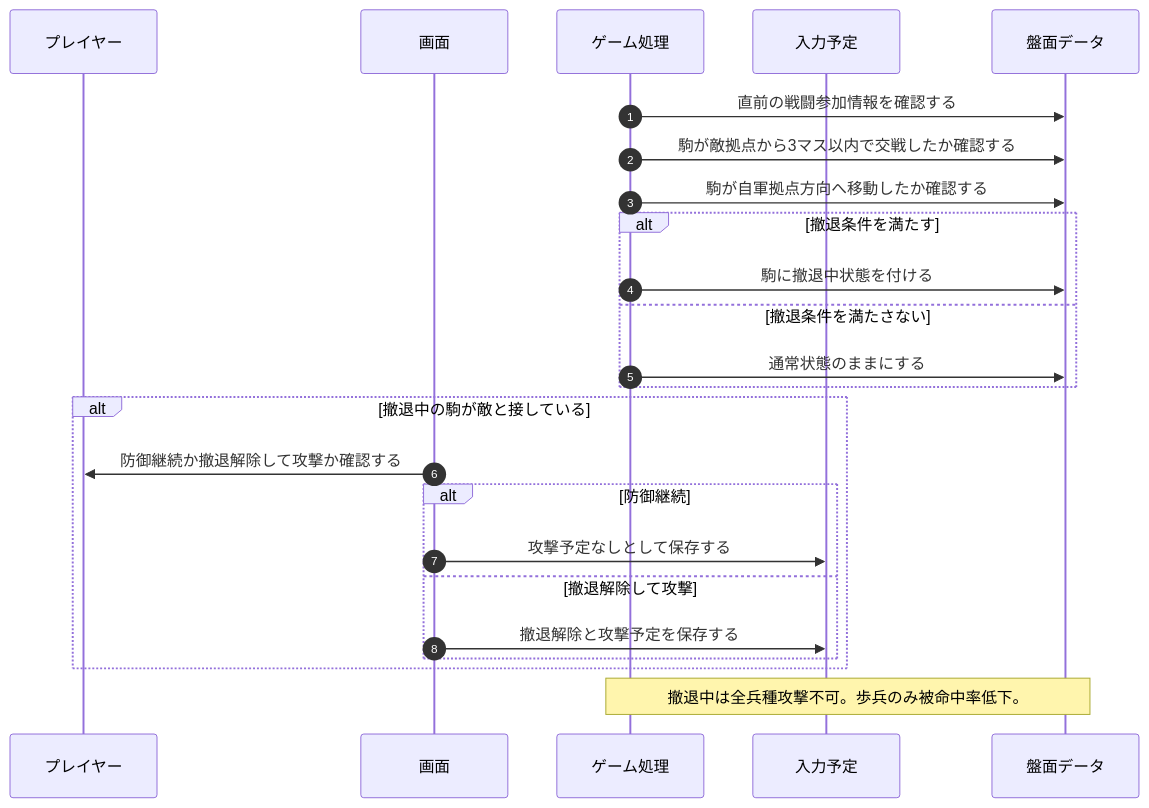
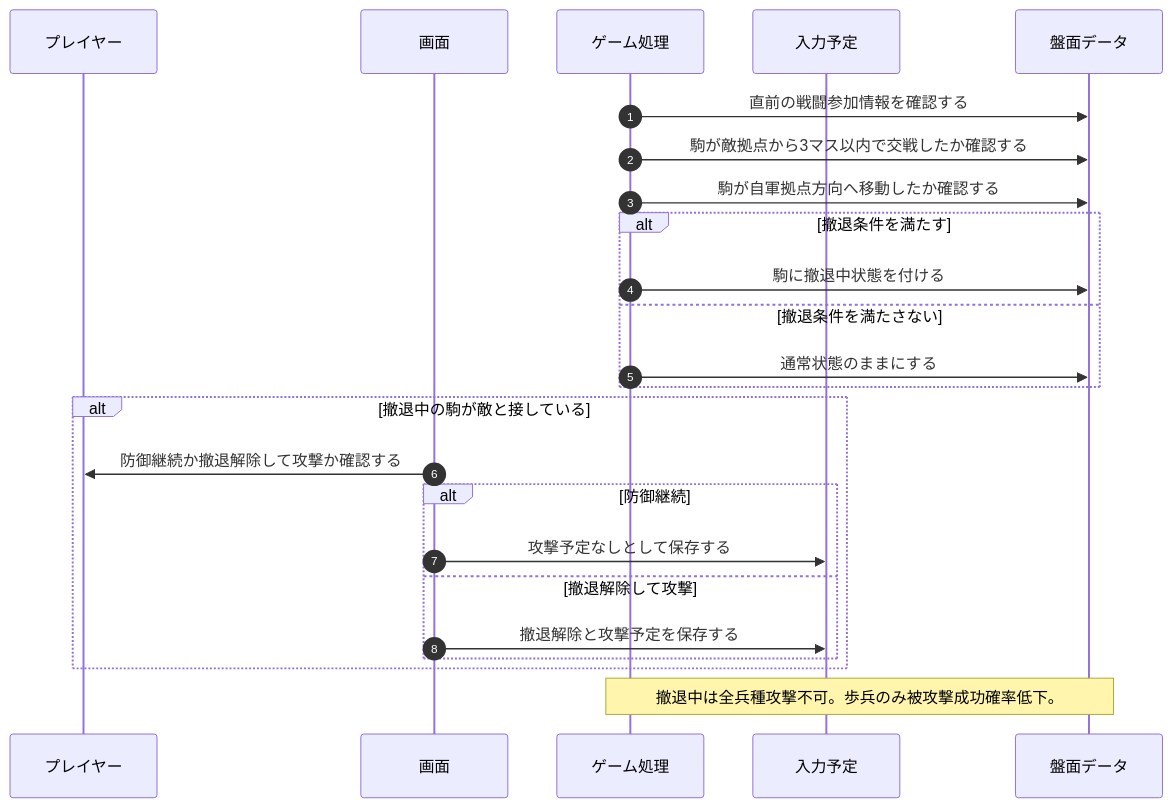
One commit to YoshimatsuKeisei/Tactical-hub changed the ninth of 11 diagrams in sequence_diagrams_simple_v0.2.md. Above: the diagram before and after it, drawn with Mermaid. The commit also changed other lines of this file and 14 other files, not shown here.

````diff
--- a/sequence_diagrams_simple_v0.2.md
+++ b/sequence_diagrams_simple_v0.2.md
@@ -297,30 +326,30 @@
 ```mermaid
 sequenceDiagram
     autonumber
     participant P as プレイヤー
     participant UI as 画面
     participant App as ゲーム処理
     participant Plan as 入力予定
     participant State as 盤面データ
 
     App->>State: 直前の戦闘参加情報を確認する
     App->>State: 駒が敵拠点から3マス以内で交戦したか確認する
     App->>State: 駒が自軍拠点方向へ移動したか確認する
 
     alt 撤退条件を満たす
         App->>State: 駒に撤退中状態を付ける
     else 撤退条件を満たさない
         App->>State: 通常状態のままにする
     end
 
     alt 撤退中の駒が敵と接している
         UI->>P: 防御継続か撤退解除して攻撃か確認する
         alt 防御継続
             UI->>Plan: 攻撃予定なしとして保存する
         else 撤退解除して攻撃
             UI->>Plan: 撤退解除と攻撃予定を保存する
         end
     end
 
-    Note over App,State: 撤退中は全兵種攻撃不可。歩兵のみ被命中率低下。
+    Note over App,State: 撤退中は全兵種攻撃不可。歩兵のみ被攻撃成功確率低下。
 ```
````
